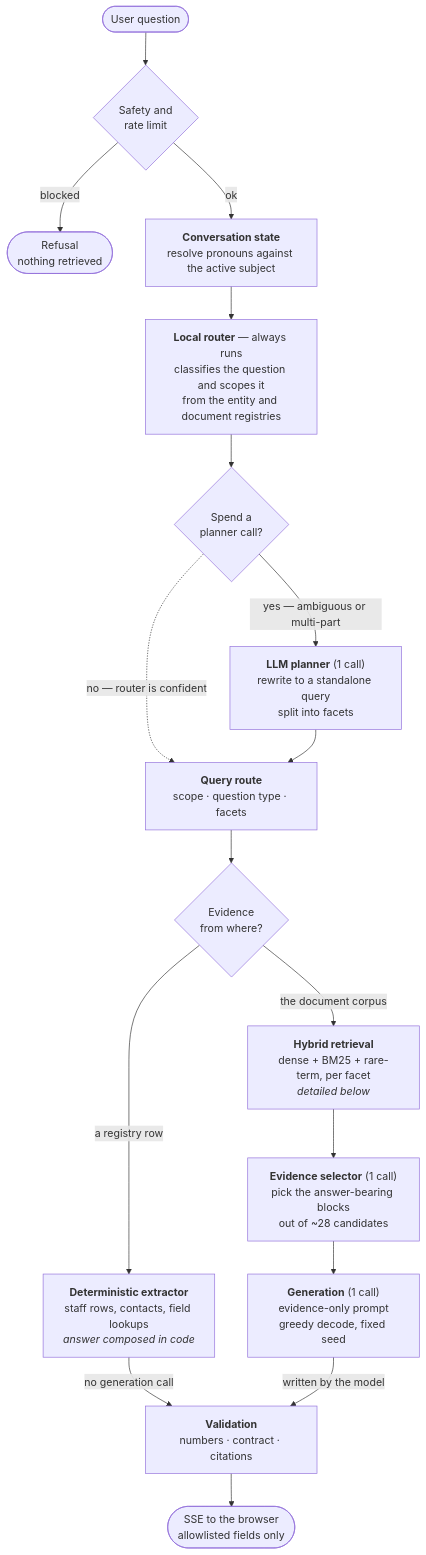
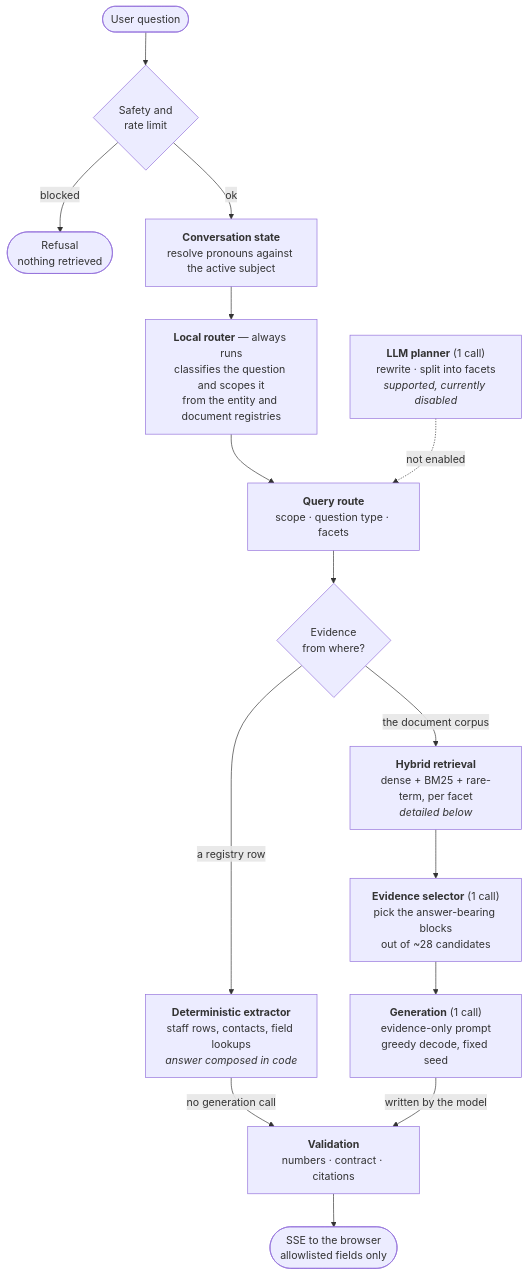
One commit to DavidL72Code/Sustainable-Labs-ChatBot changed the second of 3 diagrams in README.md. Above: the diagram before and after it, drawn with Mermaid. The commit also changed other lines of this file, not shown here.

````diff
--- a/README.md
+++ b/README.md
@@ -51,23 +51,21 @@
 ```mermaid
 flowchart TB
     Q(["User question"]) --> G{"Safety and<br/>rate limit"}
     G -->|blocked| X(["Refusal<br/>nothing retrieved"])
     G -->|ok| ST["<b>Conversation state</b><br/>resolve pronouns against the active subject"]
     ST --> LR["<b>Local router</b> — always runs<br/>classifies the question and scopes it<br/>from the entity and document registries"]
 
-    LR --> GATE{"Spend a<br/>planner call?"}
-    GATE -.->|"no — router is confident"| ROUTE["<b>Query route</b><br/>scope · question type · facets"]
-    GATE -->|"yes — ambiguous or multi-part"| PL["<b>LLM planner</b> (1 call)<br/>rewrite to a standalone query<br/>split into facets"]
-    PL --> ROUTE
+    LR --> ROUTE["<b>Query route</b><br/>scope · question type · facets"]
+    PL["<b>LLM planner</b> (1 call)<br/>rewrite · split into facets<br/><i>supported, currently disabled</i>"] -.->|"not enabled"| ROUTE
 
     ROUTE --> F{"Evidence<br/>from where?"}
     F -->|"a registry row"| EX["<b>Deterministic extractor</b><br/>staff rows, contacts, field lookups<br/><i>answer composed in code</i>"]
     F -->|"the document corpus"| RET["<b>Hybrid retrieval</b><br/>dense + BM25 + rare-term, per facet<br/><i>detailed below</i>"]
 
     RET --> SEL["<b>Evidence selector</b> (1 call)<br/>pick the answer-bearing blocks<br/>out of ~28 candidates"]
     SEL --> GEN["<b>Generation</b> (1 call)<br/>evidence-only prompt<br/>greedy decode, fixed seed"]
 
     EX -->|"no generation call"| VAL["<b>Validation</b><br/>numbers · contract · citations"]
     GEN -->|"written by the model"| VAL
     VAL --> OUT(["SSE to the browser<br/>allowlisted fields only"])
 ```
````
